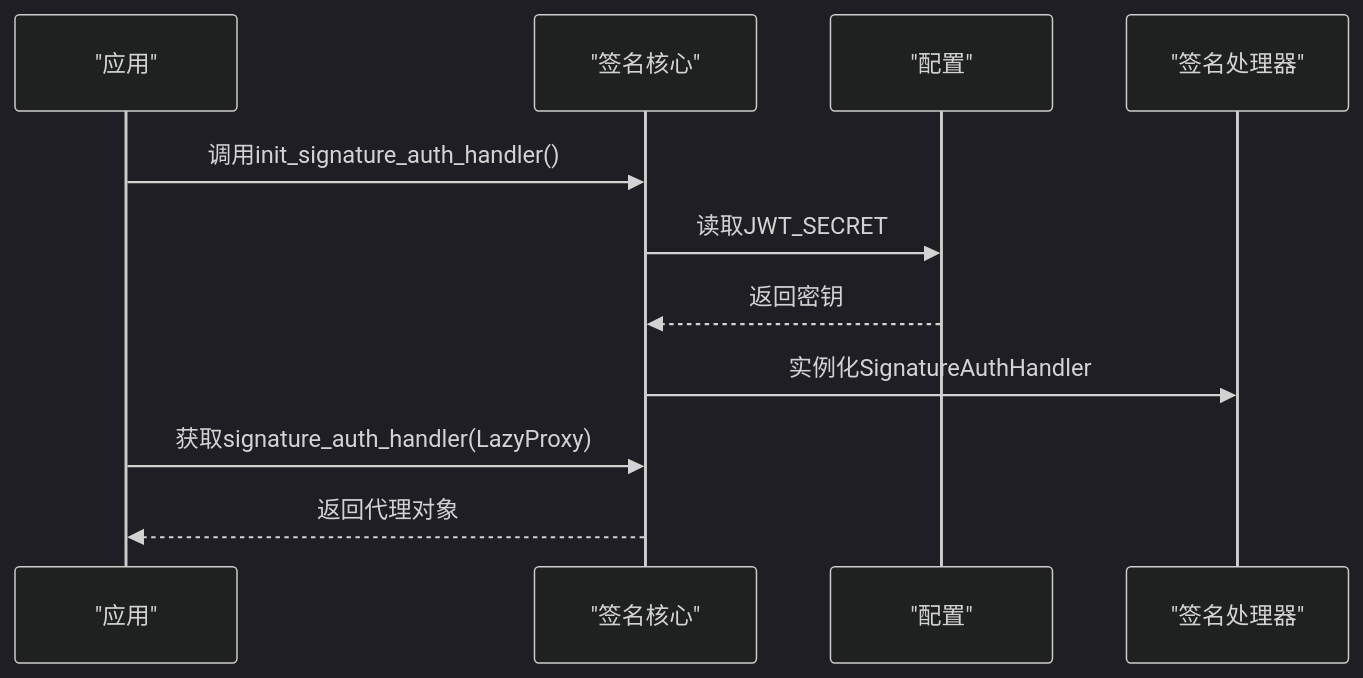
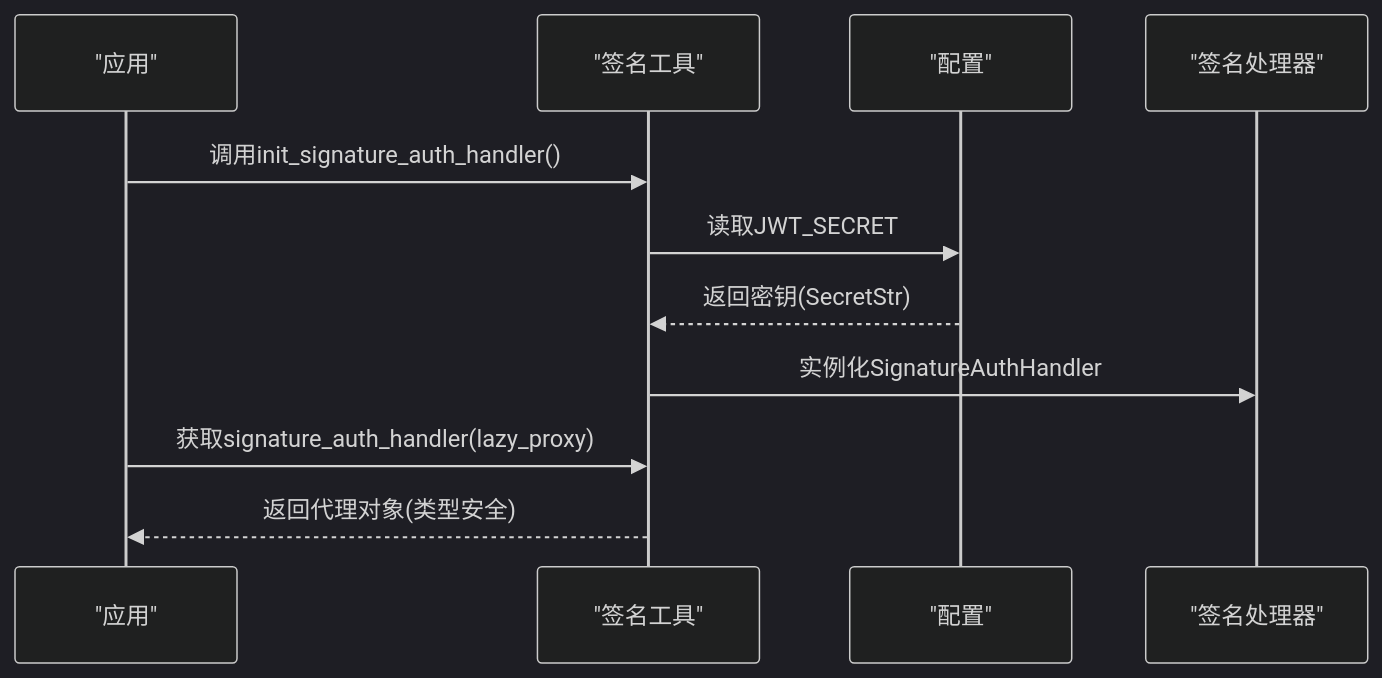
The fifth of 6 diagrams in .qoder/repowiki/zh/content/安全认证机制/签名认证机制.md (lilinzezzzzzz/fastapi-backend), drawn with Mermaid (dark theme) before and after one commit. The commit also changed other lines of this file and 42 other files, not shown here.

````diff
--- a/.qoder/repowiki/zh/content/安全认证机制/签名认证机制.md
+++ b/.qoder/repowiki/zh/content/安全认证机制/签名认证机制.md
@@ -195,13 +219,13 @@
 ```mermaid
 sequenceDiagram
 participant App as "应用"
-participant CoreSig as "签名核心"
-participant Cfg as "配置"
+participant Utils as "签名工具"
+participant Settings as "配置"
 participant Sig as "签名处理器"
-App->>CoreSig : 调用init_signature_auth_handler()
-CoreSig->>Cfg : 读取JWT_SECRET
-Cfg-->>CoreSig : 返回密钥
-CoreSig->>Sig : 实例化SignatureAuthHandler
-App->>CoreSig : 获取signature_auth_handler(LazyProxy)
-CoreSig-->>App : 返回代理对象
+App->>Utils : 调用init_signature_auth_handler()
+Utils->>Settings : 读取JWT_SECRET
+Settings-->>Utils : 返回密钥(SecretStr)
+Utils->>Sig : 实例化SignatureAuthHandler
+App->>Utils : 获取signature_auth_handler(lazy_proxy)
+Utils-->>App : 返回代理对象(类型安全)
 ```
````
